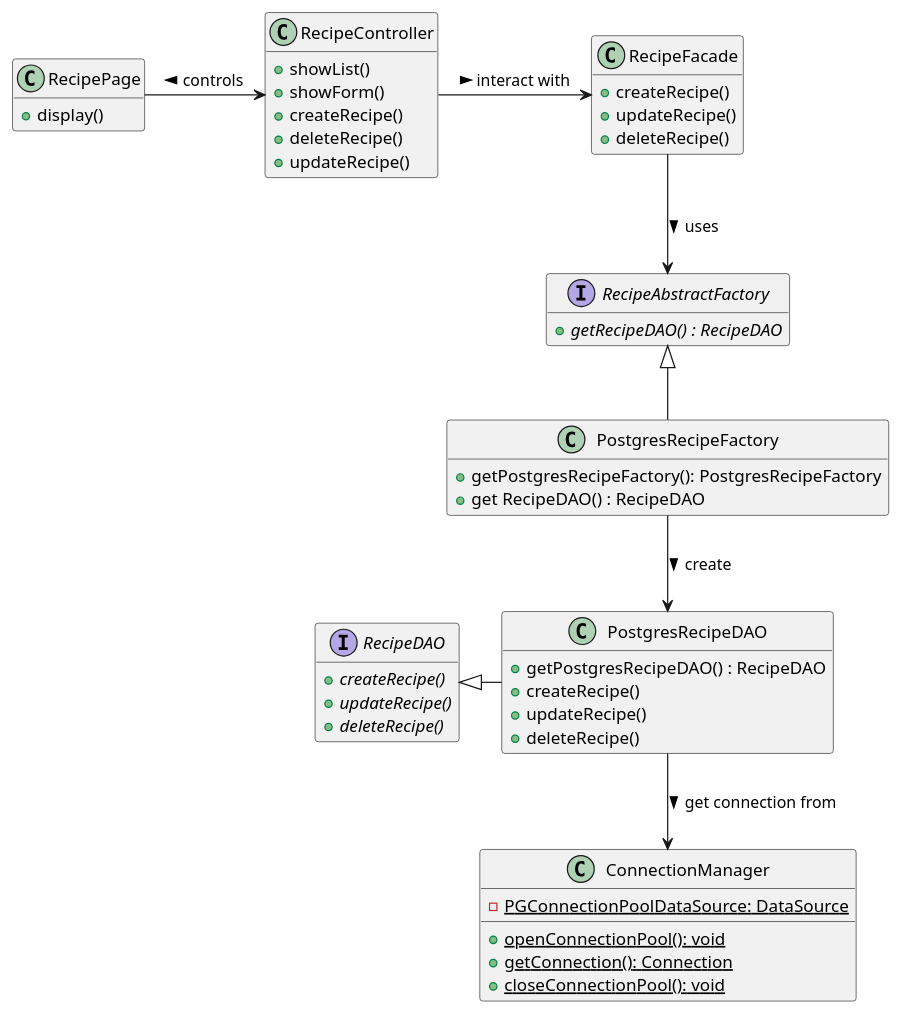
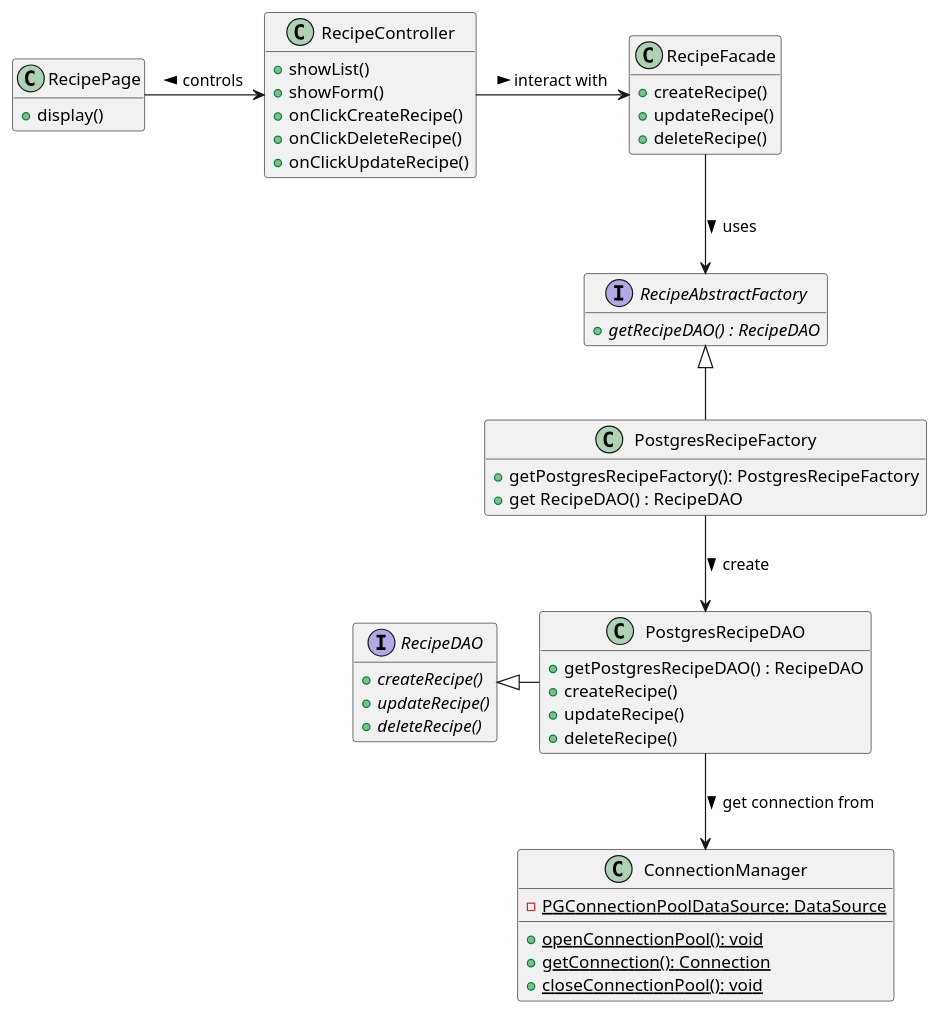
Before and after one commit to iusildra/WineCellar: the diagram in doc/reports/prototype/plantuml/RecipeManagement/recipeClassDiagram.plantuml, drawn with PlantUML. The commit also changed 1 other file, not shown here.

```diff
--- a/doc/reports/prototype/plantuml/RecipeManagement/recipeClassDiagram.plantuml
+++ b/doc/reports/prototype/plantuml/RecipeManagement/recipeClassDiagram.plantuml
@@ -2,75 +2,75 @@
 @startuml recipeClassDiagram
 hide empty members
 
 class RecipePage {
   + display()
 }
 
 class RecipeController {
   + showList()
   + showForm()
-  + createRecipe()
-  + deleteRecipe()
-  + updateRecipe()
+  + onClickCreateRecipe()
+  + onClickDeleteRecipe()
+  + onClickUpdateRecipe()
 }
 
 
 class RecipeFacade {
   + createRecipe()
   + updateRecipe()
   + deleteRecipe()
 }
 
 
 interface RecipeAbstractFactory {
   + {abstract} getRecipeDAO() : RecipeDAO
 
 }
 
 
 class PostgresRecipeFactory {
   + getPostgresRecipeFactory(): PostgresRecipeFactory
   + get RecipeDAO() : RecipeDAO
 }
 
 
 Interface RecipeDAO {
   + {abstract} createRecipe()
   + {abstract} updateRecipe()
   + {abstract} deleteRecipe()
 }
 
 
 class PostgresRecipeDAO{
   + getPostgresRecipeDAO() : RecipeDAO
   + createRecipe()
   + updateRecipe()
   + deleteRecipe()
 }
 
 
 class ConnectionManager {
   - {static} PGConnectionPoolDataSource: DataSource
   + {static} openConnectionPool(): void
   + {static} getConnection(): Connection
   + {static} closeConnectionPool(): void
 }
 
 
 ' database "Postgres\nDatabase" as Postgres {
 
 ' }
 
 PostgresRecipeFactory -u-|> RecipeAbstractFactory
 PostgresRecipeDAO     -l-|> RecipeDAO
 
 RecipePage            -r-> RecipeController: <  controls
 RecipeController      -r-> RecipeFacade: > interact with
 RecipeFacade          --> RecipeAbstractFactory: > uses
 PostgresRecipeFactory --> PostgresRecipeDAO: > create
 PostgresRecipeDAO     --> ConnectionManager: > get connection from
 ' ConnectionManager     --> Postgres
 
 
 
 @enduml
```
